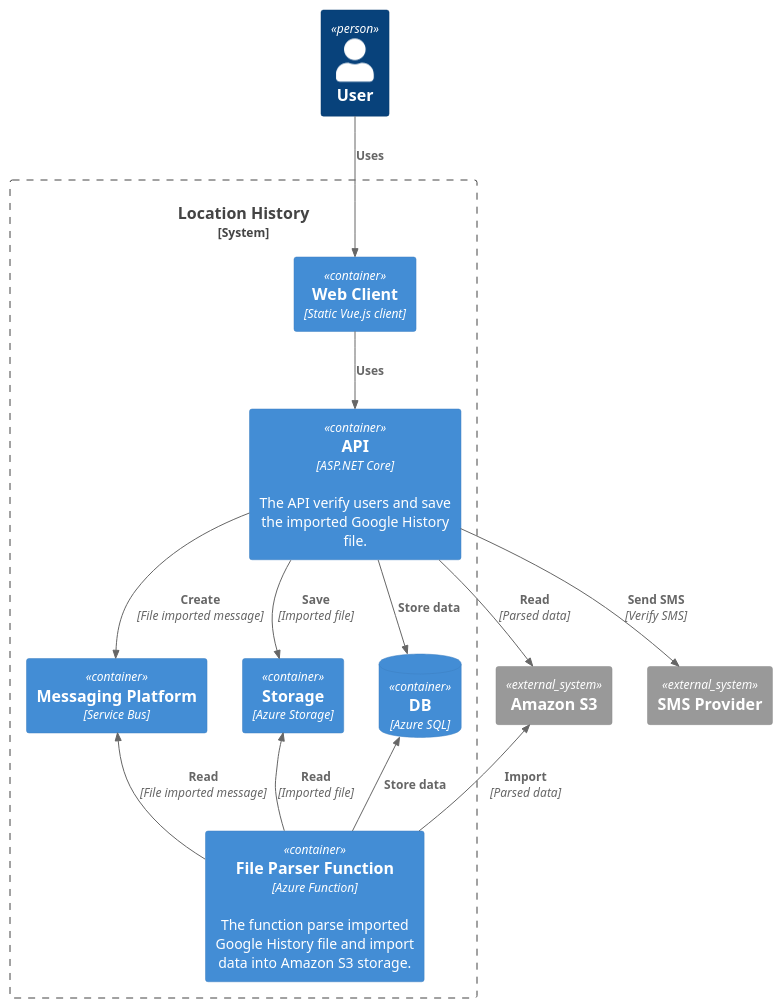
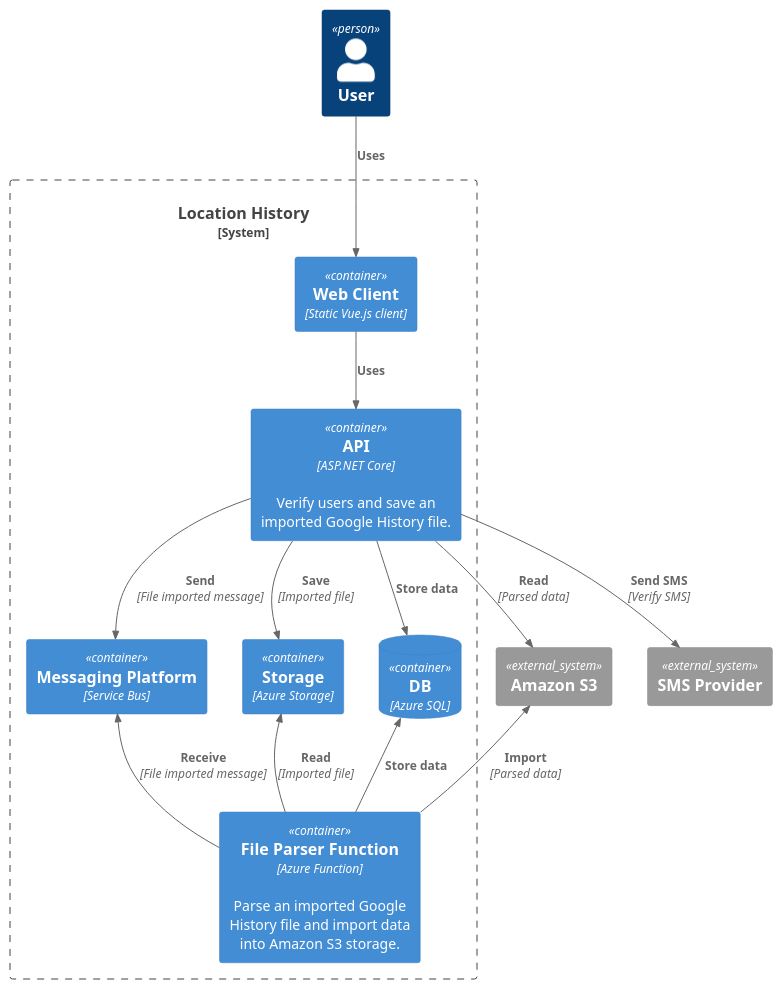
The diagram in diagrams/diagram.puml (tomasjurasek/location-history-app), drawn with PlantUML before and after one commit.

Commit message:
Update diagram

```diff
--- a/diagrams/diagram.puml
+++ b/diagrams/diagram.puml
@@ -1,31 +1,31 @@
 @startuml Basic Sample
 !includeurl https://raw.githubusercontent.com/RicardoNiepel/C4-PlantUML/release/1-0/C4_Container.puml
 
 Person(user, "User")
 System_Boundary(c1, "Location History") {
-    Container(web_api, "API","ASP.NET Core", "The API verify users and save the imported Google History file.")
+    Container(web_api, "API","ASP.NET Core", "Verify users and save an imported Google History file.")
     Container(web_client, "Web Client", "Static Vue.js client")
     Container(service_bus, "Messaging Platform", "Service Bus")
-    Container(serverless, "File Parser Function", "Azure Function", "The function parse imported Google History file and import data into Amazon S3 storage.")
+    Container(serverless, "File Parser Function", "Azure Function", "Parse an imported Google History file and import data into Amazon S3 storage.")
     Container(storage, "Storage", "Azure Storage")
     ContainerDb(db, "DB", "Azure SQL")
 }
 
 System_Ext(sms, "SMS Provider")
 System_Ext(amazon, "Amazon S3")
 
 Rel(user, web_client, "Uses")
 Rel(web_client,web_api, "Uses")
 
 Rel(web_api,db, "Store data")
 Rel(web_api,sms, "Send SMS", "Verify SMS")
 Rel(web_api,storage, "Save", "Imported file")
-Rel(web_api,service_bus, "Create", "File imported message")
+Rel(web_api,service_bus, "Send", "File imported message")
 Rel(web_api,amazon, "Read", "Parsed data")
 
 Rel_U(serverless,db, "Store data")
 Rel_U(serverless,amazon, "Import", "Parsed data")
 Rel_U(serverless,storage, "Read", "Imported file")
-Rel_U(serverless,service_bus, "Read", "File imported message")
+Rel_U(serverless,service_bus, "Receive", "File imported message")
 
 @enduml
```
